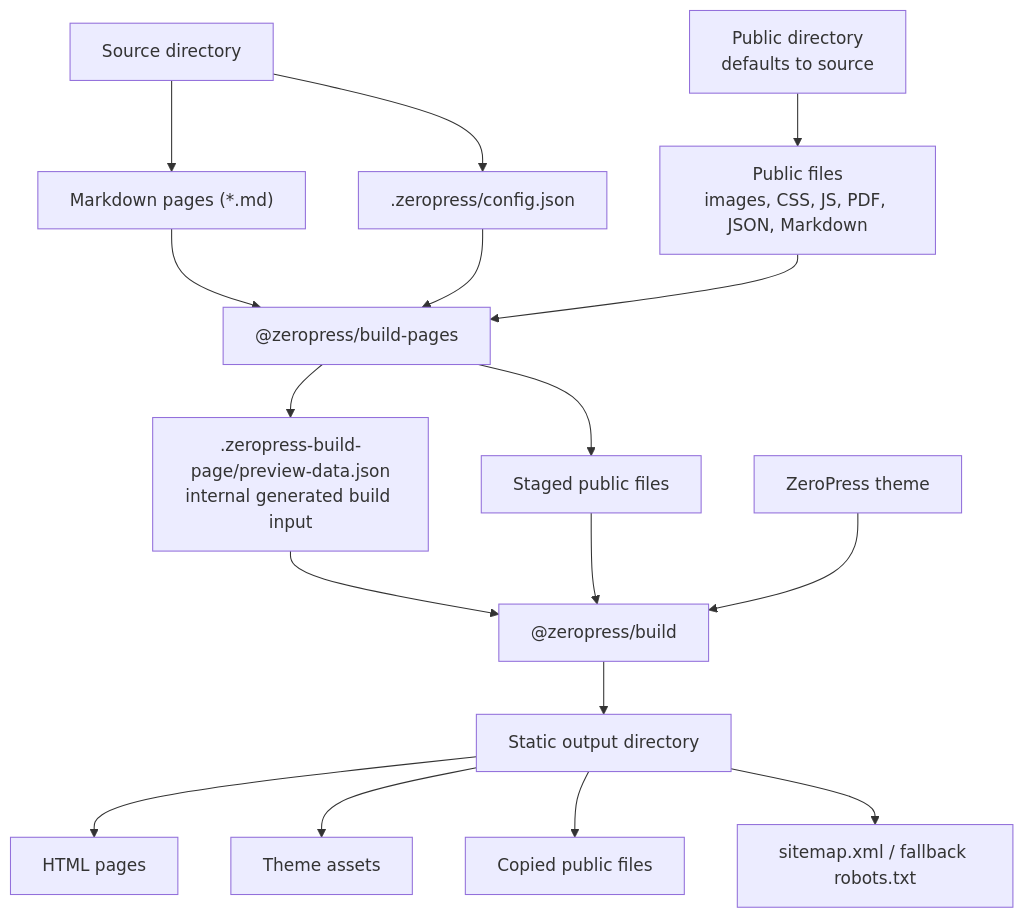
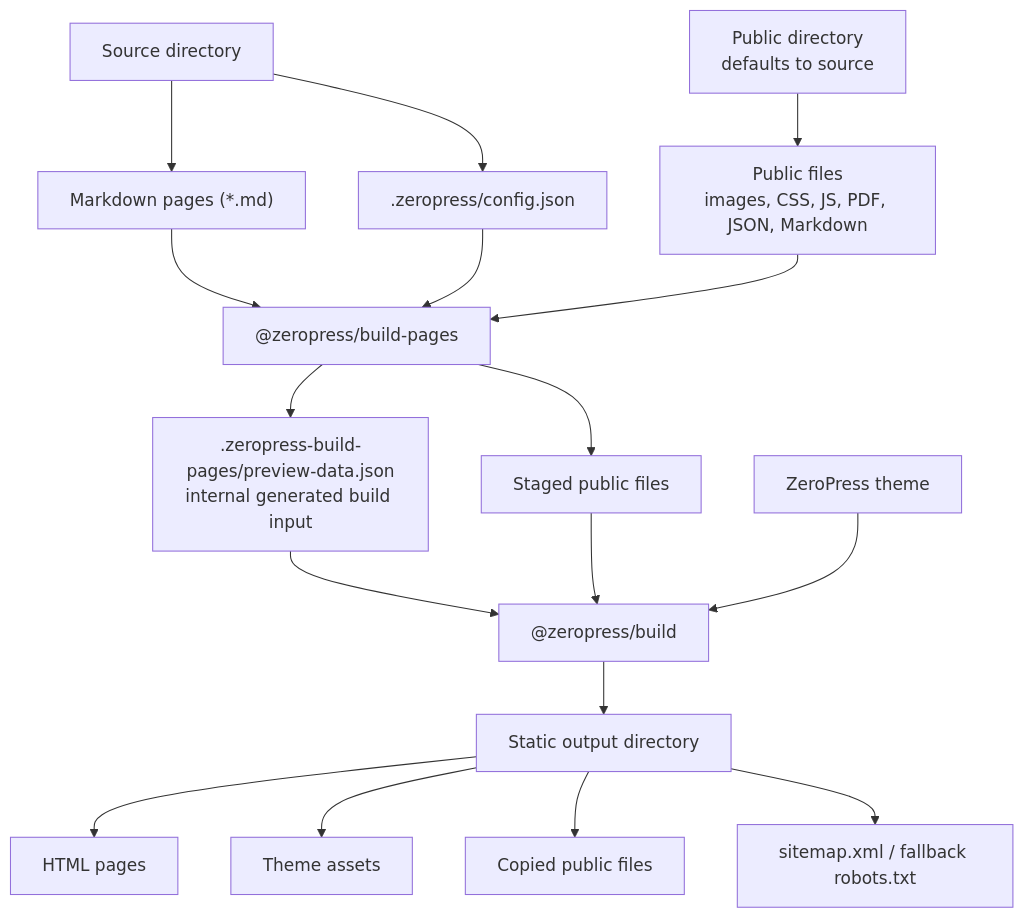
Before and after one commit to zeropress-app/zeropress-build-pages: the diagram in README.md, drawn with Mermaid. The commit also changed other lines of this file and 9 other files, not shown here.

````diff
--- a/README.md
+++ b/README.md
@@ -39,23 +39,23 @@
 ```mermaid
 flowchart TD
   source["Source directory"] --> markdown["Markdown pages (*.md)"]
   source --> config[".zeropress/config.json"]
   publicRoot["Public directory<br/>defaults to source"] --> publicFiles["Public files<br/>images, CSS, JS, PDF, JSON, Markdown"]
 
   markdown --> buildPages["@zeropress/build-pages"]
   config --> buildPages
   publicFiles --> buildPages
 
-  buildPages --> previewData[".zeropress-build-page/preview-data.json<br/>internal generated build input"]
+  buildPages --> previewData[".zeropress-build-pages/preview-data.json<br/>internal generated build input"]
   buildPages --> stagedPublic["Staged public files"]
 
   previewData --> build["@zeropress/build"]
   stagedPublic --> build
   theme["ZeroPress theme"] --> build
 
   build --> output["Static output directory"]
   output --> html["HTML pages"]
   output --> assets["Theme assets"]
   output --> copied["Copied public files"]
   output --> special["sitemap.xml / fallback robots.txt"]
 ```
````
